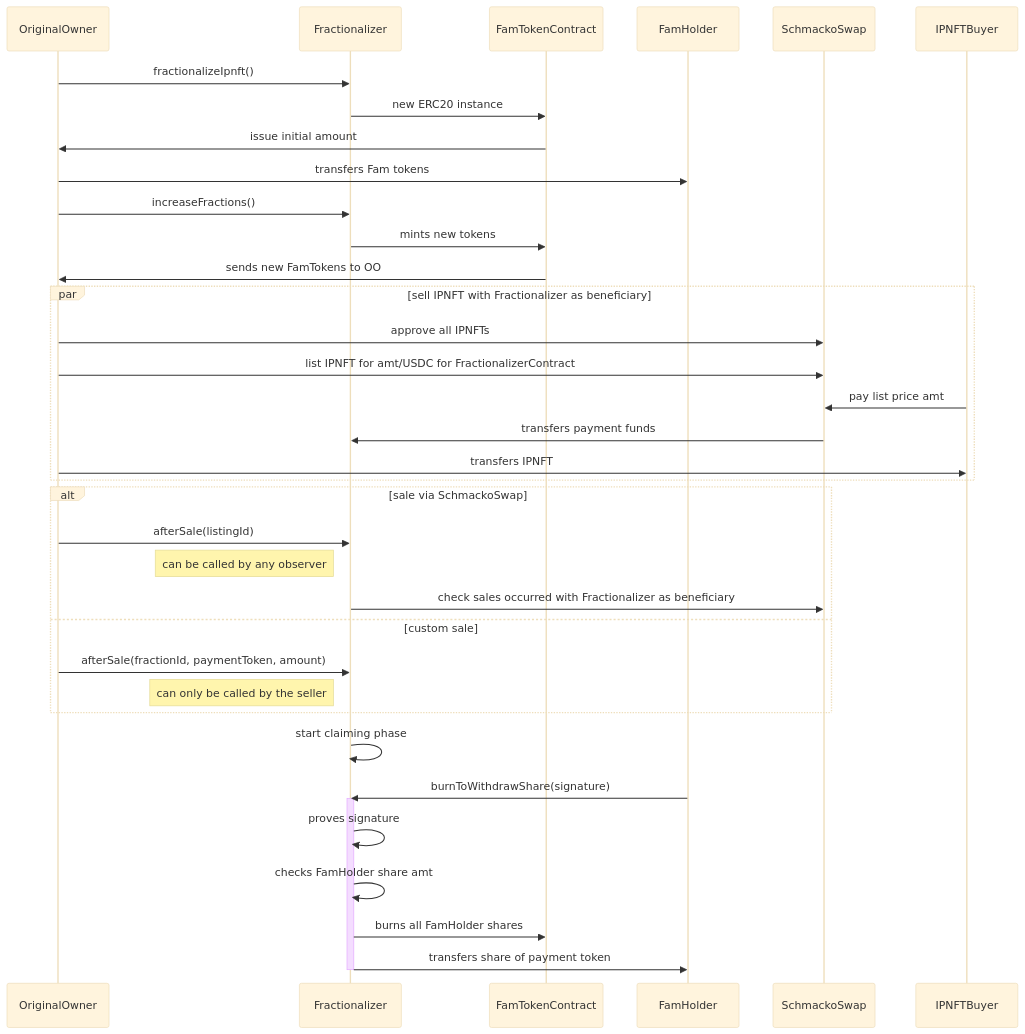
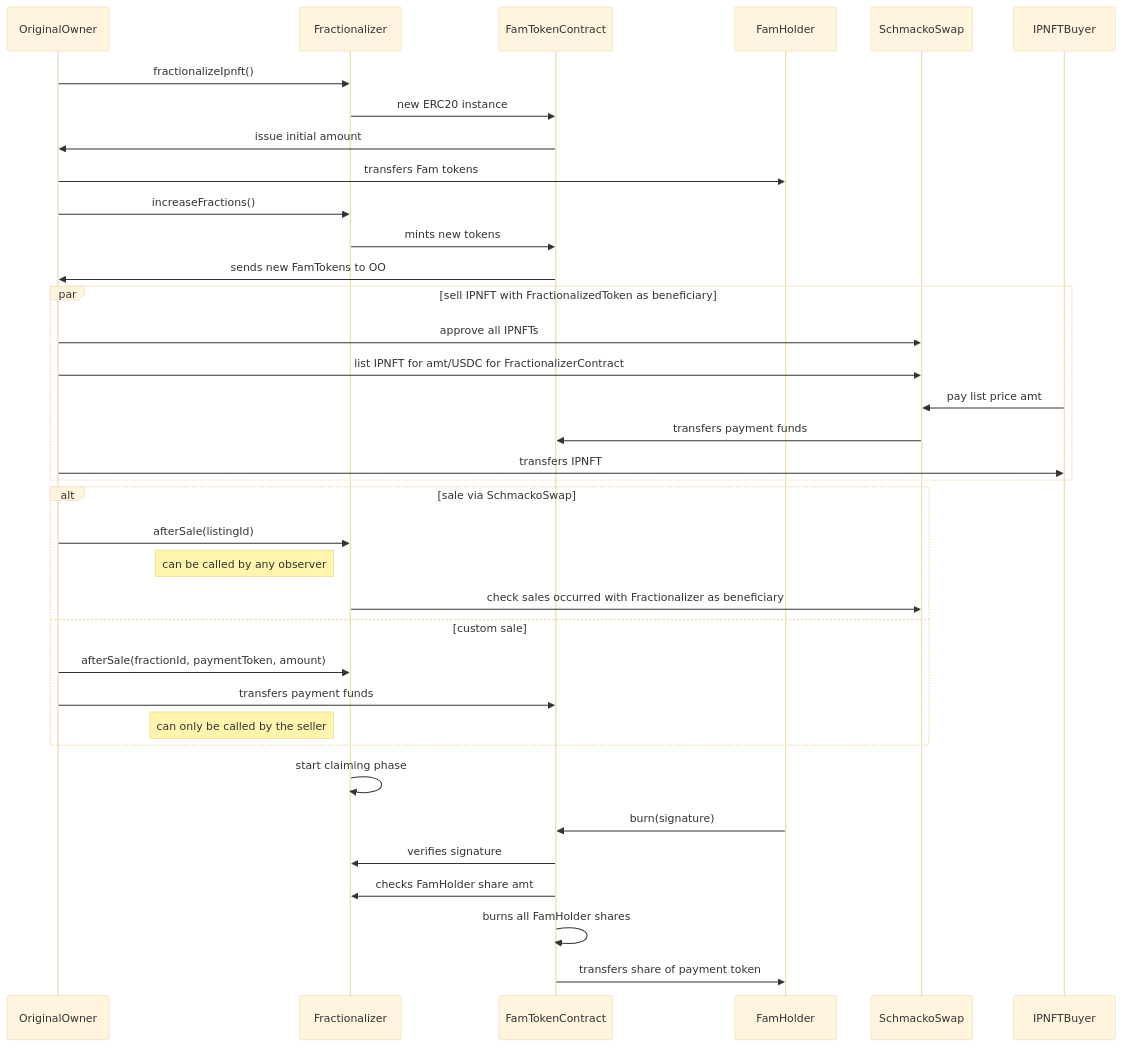
The diagram in SEQUENCE.md (moleculeprotocol/IPNFT), drawn with Mermaid (base theme) before and after one commit. The commit also changed 5 other files, not shown here.

Commit message:
updates subgraph goerli config for swap contract adds swap listing beneficiary address to the subgraph updates SEQUENCE diagram, audit docs

````diff
--- a/SEQUENCE.md
+++ b/SEQUENCE.md
@@ -1,47 +1,47 @@
 ```mermaid
 sequenceDiagram
     participant OO as OriginalOwner
     participant Fractionalizer
     participant FamToken as FamTokenContract
     participant FamHolder
     participant SOS as SchmackoSwap
     participant Buyer as IPNFTBuyer
 
     OO->>Fractionalizer: fractionalizeIpnft()
     Fractionalizer->>FamToken: new ERC20 instance
     FamToken->>OO: issue initial amount
 
     OO->>FamHolder: transfers Fam tokens
 
     OO->>Fractionalizer: increaseFractions()
     Fractionalizer->>FamToken: mints new tokens
     FamToken->>OO: sends new FamTokens to OO
 
-    par sell IPNFT with Fractionalizer as beneficiary
+    par sell IPNFT with FractionalizedToken as beneficiary
         OO->>SOS: approve all IPNFTs
         OO->>SOS: list IPNFT for amt/USDC for FractionalizerContract
         Buyer->>SOS: pay list price amt
-        SOS->>Fractionalizer: transfers payment funds
+        SOS->>FamToken: transfers payment funds
         OO->>Buyer: transfers IPNFT
     end
 
     alt sale via SchmackoSwap
         OO->>Fractionalizer: afterSale(listingId)
         Note left of Fractionalizer: can be called by any observer
         Fractionalizer->>SOS: check sales occurred with  Fractionalizer as beneficiary
     else custom sale
         OO->>Fractionalizer: afterSale(fractionId, paymentToken, amount)
+        OO->>FamToken: transfers payment funds
         Note left of Fractionalizer: can only be called by the seller
     end
 
     Fractionalizer->>Fractionalizer: start claiming phase
 
-    FamHolder->>Fractionalizer: burnToWithdrawShare(signature)
-    activate Fractionalizer
-    Fractionalizer->>Fractionalizer: proves signature
-    Fractionalizer->>Fractionalizer: checks FamHolder share amt
-    Fractionalizer->>FamToken: burns all FamHolder shares
-    Fractionalizer->>FamHolder: transfers share of payment token
-    deactivate Fractionalizer
+    FamHolder->>FamToken: burn(signature)
+    FamToken->>Fractionalizer: verifies signature
+    FamToken->>Fractionalizer: checks FamHolder share amt
+    FamToken->>FamToken: burns all FamHolder shares
+    FamToken->>FamHolder: transfers share of payment token
+
 
 ```
````
